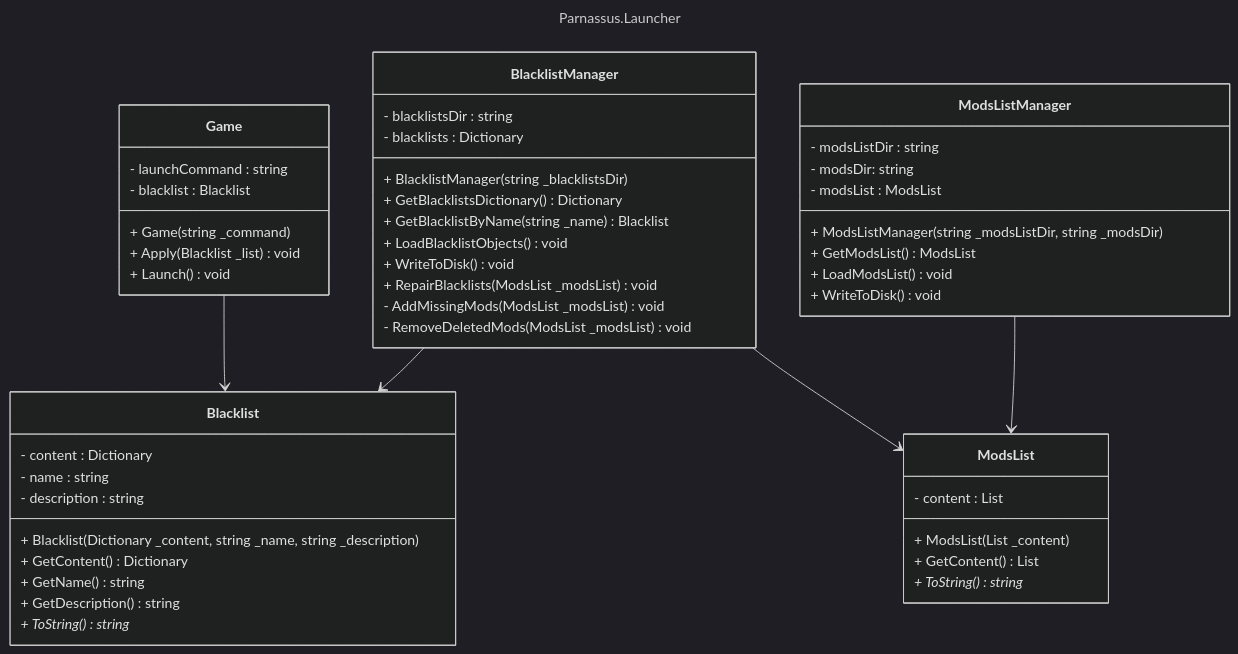
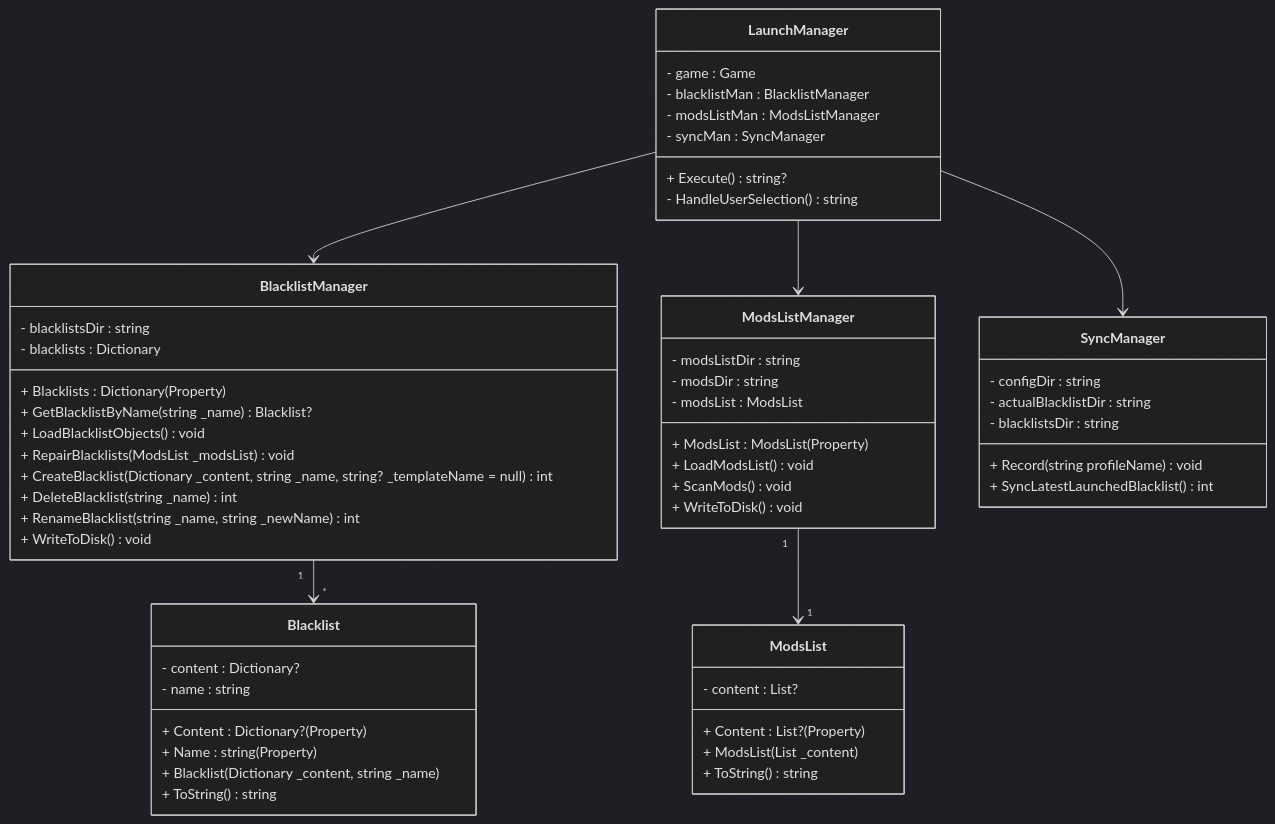
The second of 2 diagrams in Docs/Draft.md (Hexa5586/Parnassus), drawn with Mermaid (dark theme) before and after one commit. The commit also changed other lines of this file and 6 other files, not shown here.

````diff
--- a/Docs/Draft.md
+++ b/Docs/Draft.md
@@ -41,59 +39,64 @@
 ```mermaid
----
-title: Parnassus.Launcher
----
 classDiagram
-    class Game {
-        - launchCommand : string
-        - blacklist : Blacklist
-        + Game(string _command)
-        + Apply(Blacklist _list) void
-        + Launch() void
-    }
-
     class Blacklist {
-        - content : Dictionary
+        - content : Dictionary<string, bool>?
         - name : string
-        - description : string
-        + Blacklist(Dictionary _content, string _name, string _description)
-        + GetContent() Dictionary
-        + GetName() string
-        + GetDescription() string
-        + ToString() string*
+        + Content : Dictionary<string, bool>? (Property)
+        + Name : string (Property)
+        + Blacklist(Dictionary _content, string _name)
+        + ToString() string
     }
 
     class BlacklistManager {
         - blacklistsDir : string
-        - blacklists : Dictionary
-        + BlacklistManager(string _blacklistsDir)
-        + GetBlacklistsDictionary() Dictionary
-        + GetBlacklistByName(string _name) Blacklist
+        - blacklists : Dictionary<string, Blacklist?>
+        + Blacklists : Dictionary<string, Blacklist?> (Property)
+        + GetBlacklistByName(string _name) Blacklist?
         + LoadBlacklistObjects() void
+        + RepairBlacklists(ModsList _modsList) void
+        + CreateBlacklist(Dictionary _content, string _name, string? _templateName = null) int
+        + DeleteBlacklist(string _name) int
+        + RenameBlacklist(string _name, string _newName) int
         + WriteToDisk() void
-        + RepairBlacklists(ModsList _modsList) void
-        - AddMissingMods(ModsList _modsList) void
-        - RemoveDeletedMods(ModsList _modsList) void
     }
 
     class ModsList {
-        - content : List
+        - content : List<string>?
+        + Content : List<string>? (Property)
         + ModsList(List _content)
-        + GetContent() List
-        + ToString() string*
+        + ToString() string
     }
 
     class ModsListManager {
         - modsListDir : string
-        - modsDir: string
+        - modsDir : string
         - modsList : ModsList
-        + ModsListManager(string _modsListDir, string _modsDir)
-        + GetModsList() ModsList
+        + ModsList : ModsList (Property)
         + LoadModsList() void
+        + ScanMods() void
         + WriteToDisk() void
     }
 
-    BlacklistManager --> Blacklist
-    BlacklistManager --> ModsList
-    ModsListManager --> ModsList
-    Game --> Blacklist
+    class SyncManager {
+        - configDir : string
+        - actualBlacklistDir : string
+        - blacklistsDir : string
+        + Record(string profileName) void
+        + SyncLatestLaunchedBlacklist() int
+    }
+
+    class LaunchManager {
+        - game : Game
+        - blacklistMan : BlacklistManager
+        - modsListMan : ModsListManager
+        - syncMan : SyncManager
+        + Execute() string?
+        - HandleUserSelection() string
+    }
+
+    BlacklistManager "1" --> "*" Blacklist
+    ModsListManager "1" --> "1" ModsList
+    LaunchManager --> BlacklistManager
+    LaunchManager --> ModsListManager
+    LaunchManager --> SyncManager
 ```
````
